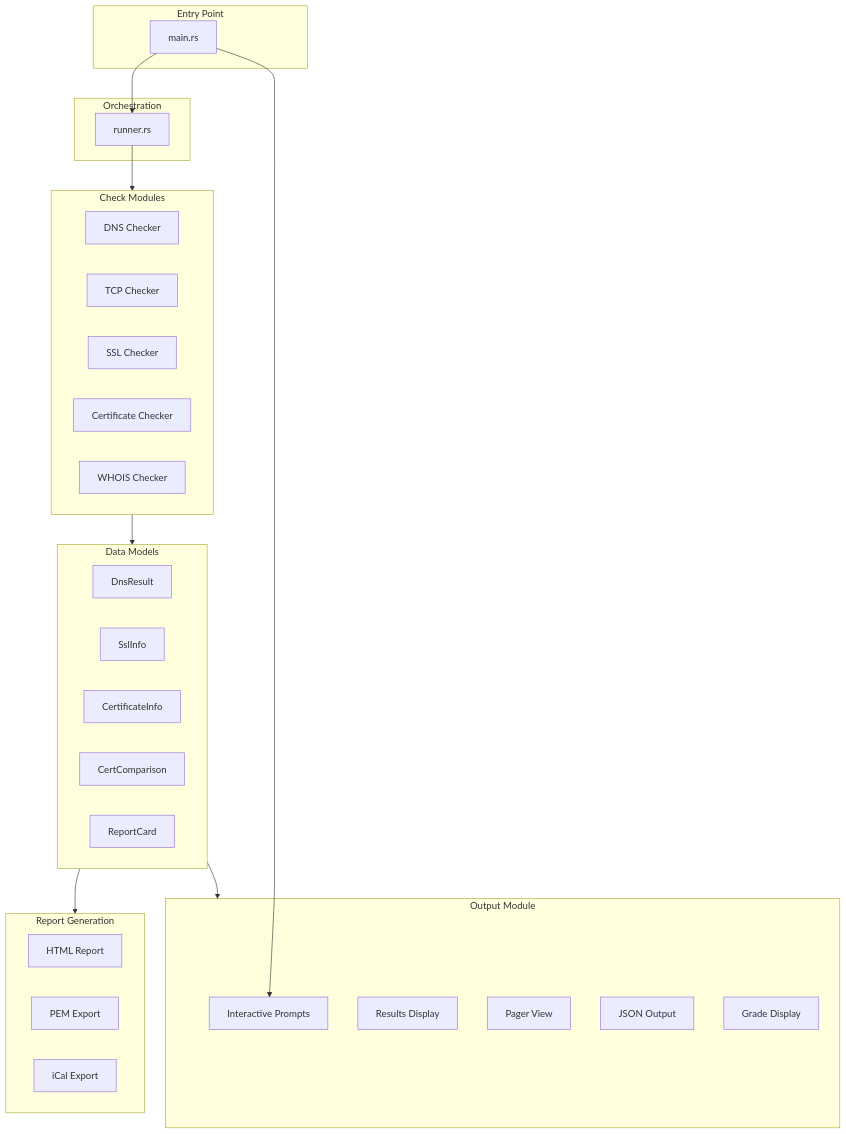
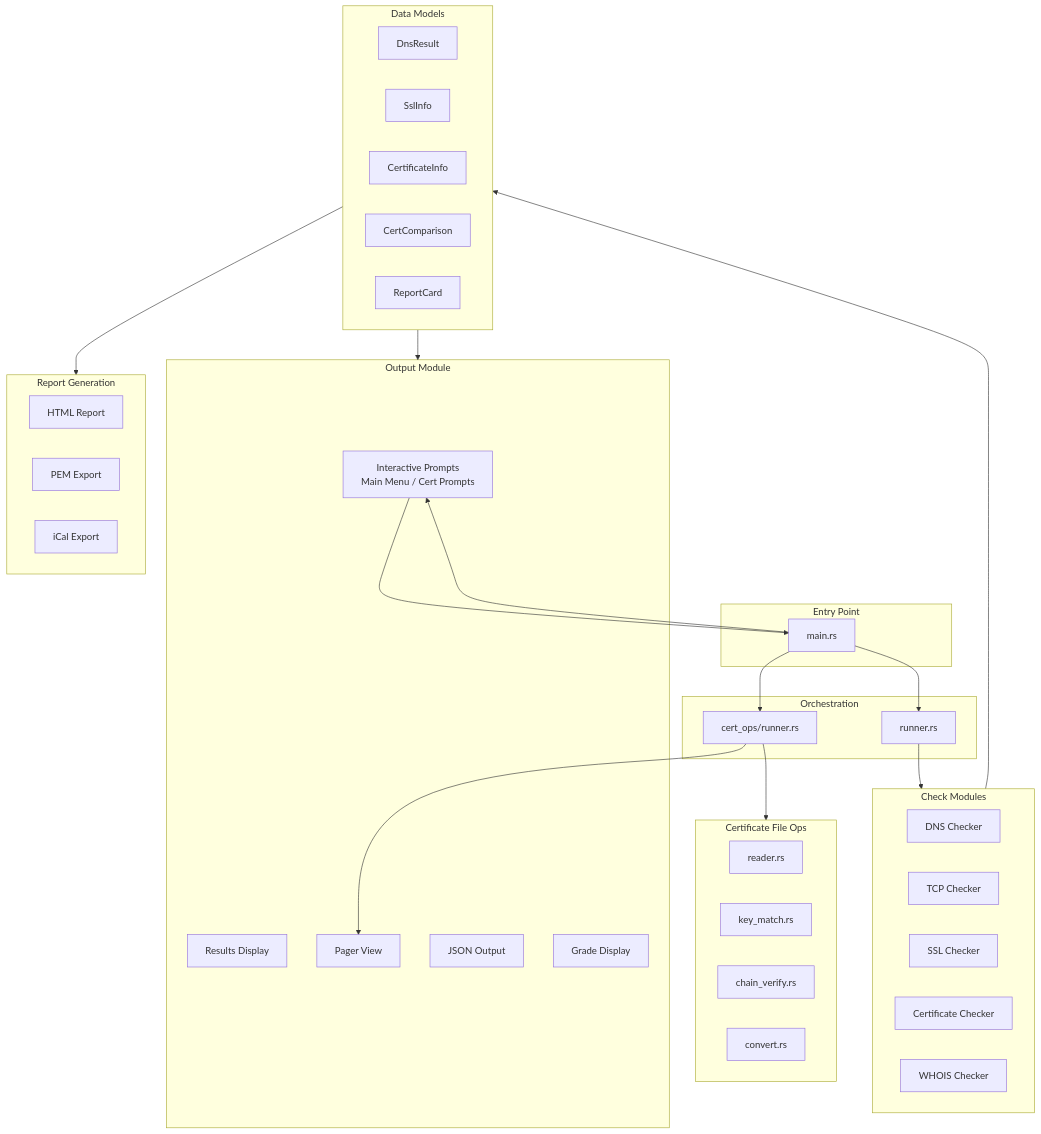
One commit to russmckendrick/ssl-toolkit changed the first of 9 diagrams in docs/architecture.md. Above: the diagram before and after it, drawn with Mermaid. The commit also changed other lines of this file and 3 other files, not shown here.

First line of the commit message:
✨ Revise interactive menu and certificate operations

````diff
--- a/docs/architecture.md
+++ b/docs/architecture.md
@@ -7,47 +7,59 @@
 ```mermaid
 flowchart TB
     subgraph Entry["Entry Point"]
         main[main.rs]
     end
 
     subgraph Runner["Orchestration"]
         runner[runner.rs]
+        certRunner[cert_ops/runner.rs]
     end
 
     subgraph Checks["Check Modules"]
         dns[DNS Checker]
         tcp[TCP Checker]
         ssl[SSL Checker]
         cert[Certificate Checker]
         whois[WHOIS Checker]
+    end
+
+    subgraph CertOps["Certificate File Ops"]
+        certReader[reader.rs]
+        certKeyMatch[key_match.rs]
+        certChainVerify[chain_verify.rs]
+        certConvert[convert.rs]
     end
 
     subgraph Models["Data Models"]
         dnsResult[DnsResult]
         sslInfo[SslInfo]
         certInfo[CertificateInfo]
         certComp[CertComparison]
         reportCard[ReportCard]
     end
 
     subgraph Output["Output Module"]
-        interactive[Interactive Prompts]
+        interactive[Interactive Prompts<br/>Main Menu / Cert Prompts]
         results[Results Display]
         pager[Pager View]
         json[JSON Output]
         grade[Grade Display]
     end
 
     subgraph Reports["Report Generation"]
         html[HTML Report]
         pem[PEM Export]
         ical[iCal Export]
     end
 
+    main --> interactive
     main --> runner
-    main --> interactive
+    main --> certRunner
+    interactive --> main
     runner --> Checks
+    certRunner --> CertOps
+    certRunner --> pager
     Checks --> Models
     Models --> Output
     Models --> Reports
 ```
````
